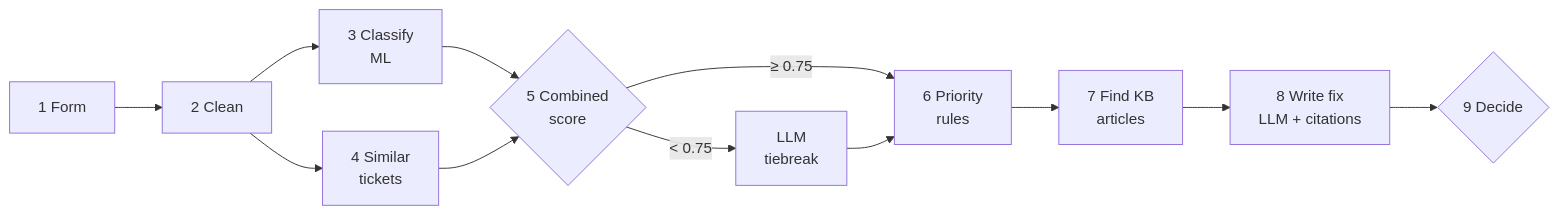
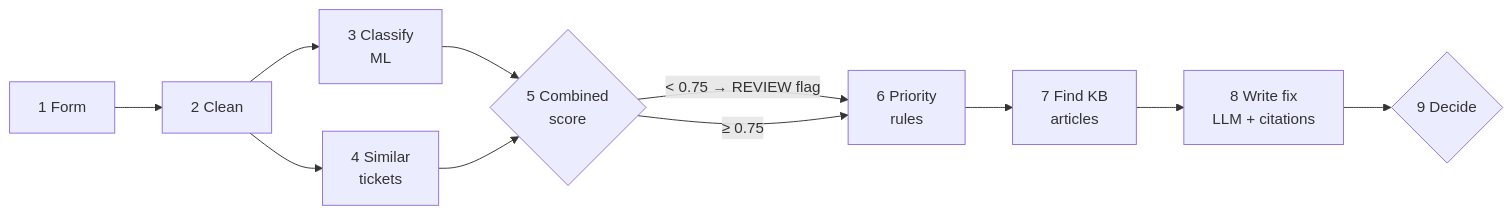
Before and after one commit to groov33/HCLTech_RAGsToRiches: the diagram in Docs/PROJECT_OVERVIEW.md, drawn with Mermaid. The commit also changed other lines of this file and 25 other files, not shown here.

````diff
--- a/Docs/PROJECT_OVERVIEW.md
+++ b/Docs/PROJECT_OVERVIEW.md
@@ -26,14 +26,13 @@
 ```mermaid
 flowchart LR
     F["1 Form"] --> C["2 Clean"]
     C --> M["3 Classify<br/>ML"]
     C --> V["4 Similar<br/>tickets"]
     M --> S{"5 Combined<br/>score"}
     V --> S
-    S -->|"< 0.75"| T["LLM<br/>tiebreak"]
-    S -->|"≥ 0.75"| P["6 Priority<br/>rules"]
-    T --> P
+    S -->|"< 0.75 → REVIEW flag"| P["6 Priority<br/>rules"]
+    S -->|"≥ 0.75"| P
     P --> K["7 Find KB<br/>articles"]
     K --> W["8 Write fix<br/>LLM + citations"]
     W --> D{"9 Decide"}
 ```
````
